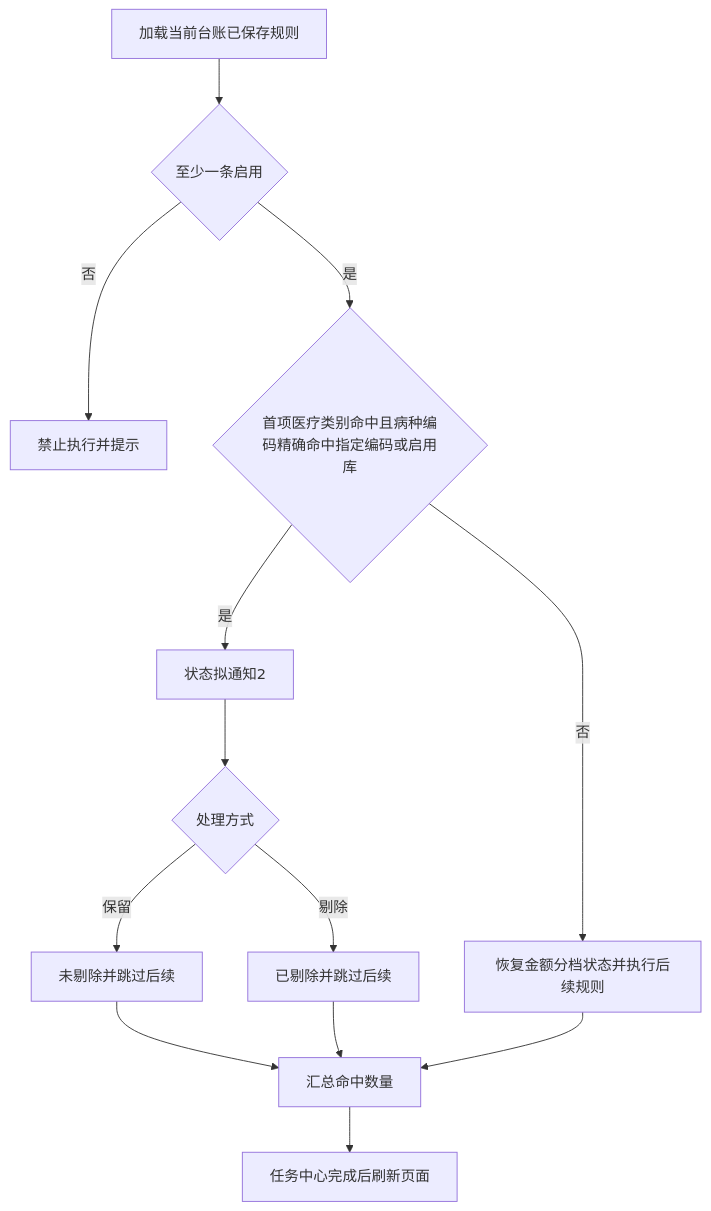
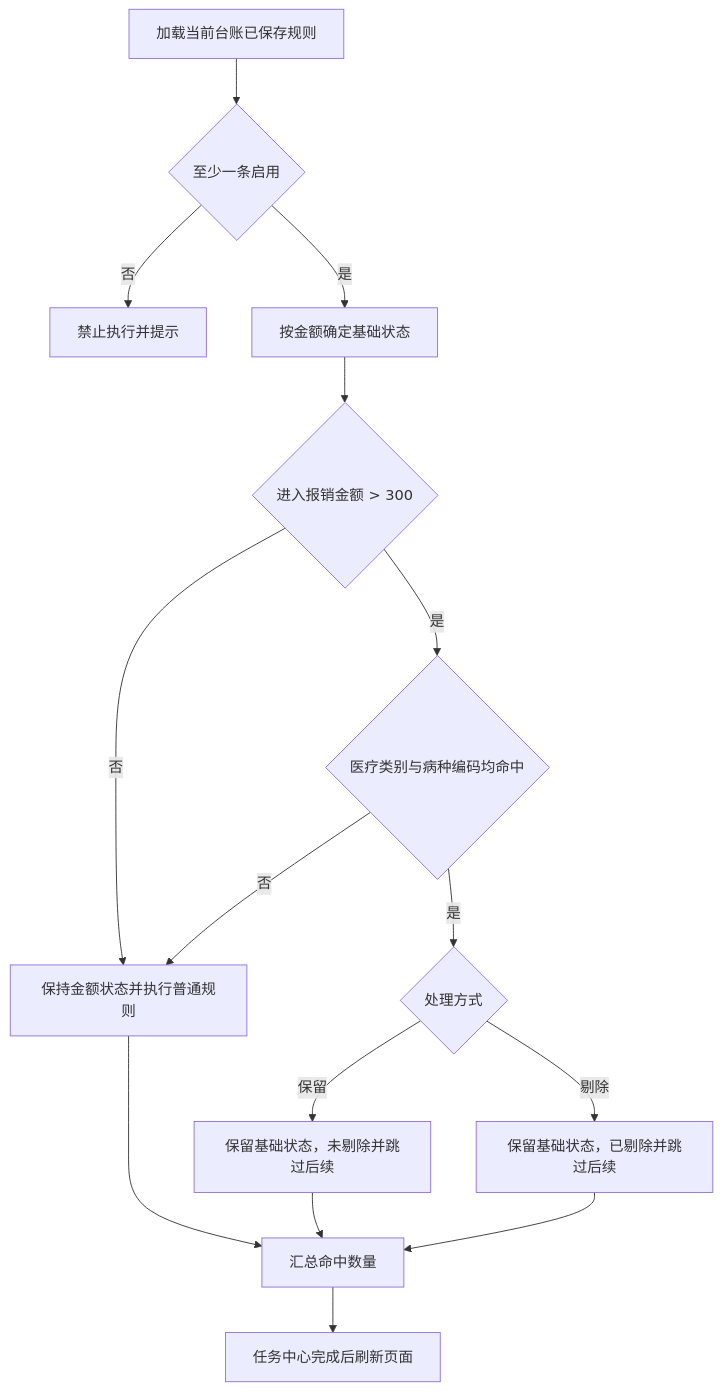
The third of 5 diagrams in docs/未救助台账/业务流程图解.md (kongzhiao/tools-vue), drawn with Mermaid before and after one commit. The commit also changed other lines of this file and 6 other files, not shown here.

````diff
--- a/docs/未救助台账/业务流程图解.md
+++ b/docs/未救助台账/业务流程图解.md
@@ -41,15 +41,17 @@
 ```mermaid
 flowchart TD
     A["加载当前台账已保存规则"] --> B{"至少一条启用"}
     B -- "否" --> C["禁止执行并提示"]
-    B -- "是" --> D{"首项医疗类别命中且病种编码精确命中指定编码或启用库"}
-    D -- "是" --> E["状态拟通知2"]
-    E --> F{"处理方式"}
-    F -- "保留" --> G["未剔除并跳过后续"]
-    F -- "剔除" --> H["已剔除并跳过后续"]
-    D -- "否" --> I["恢复金额分档状态并执行后续规则"]
-    G --> J["汇总命中数量"]
-    H --> J
-    I --> J
-    J --> K["任务中心完成后刷新页面"]
+    B -- "是" --> D["按金额确定基础状态"]
+    D --> E{"进入报销金额 > 300"}
+    E -- "否" --> I["保持金额状态并执行普通规则"]
+    E -- "是" --> F{"医疗类别与病种编码均命中"}
+    F -- "否" --> I
+    F -- "是" --> G{"处理方式"}
+    G -- "保留" --> H["保留基础状态，未剔除并跳过后续"]
+    G -- "剔除" --> J["保留基础状态，已剔除并跳过后续"]
+    H --> K["汇总命中数量"]
+    I --> K
+    J --> K
+    K --> L["任务中心完成后刷新页面"]
 ```
````
